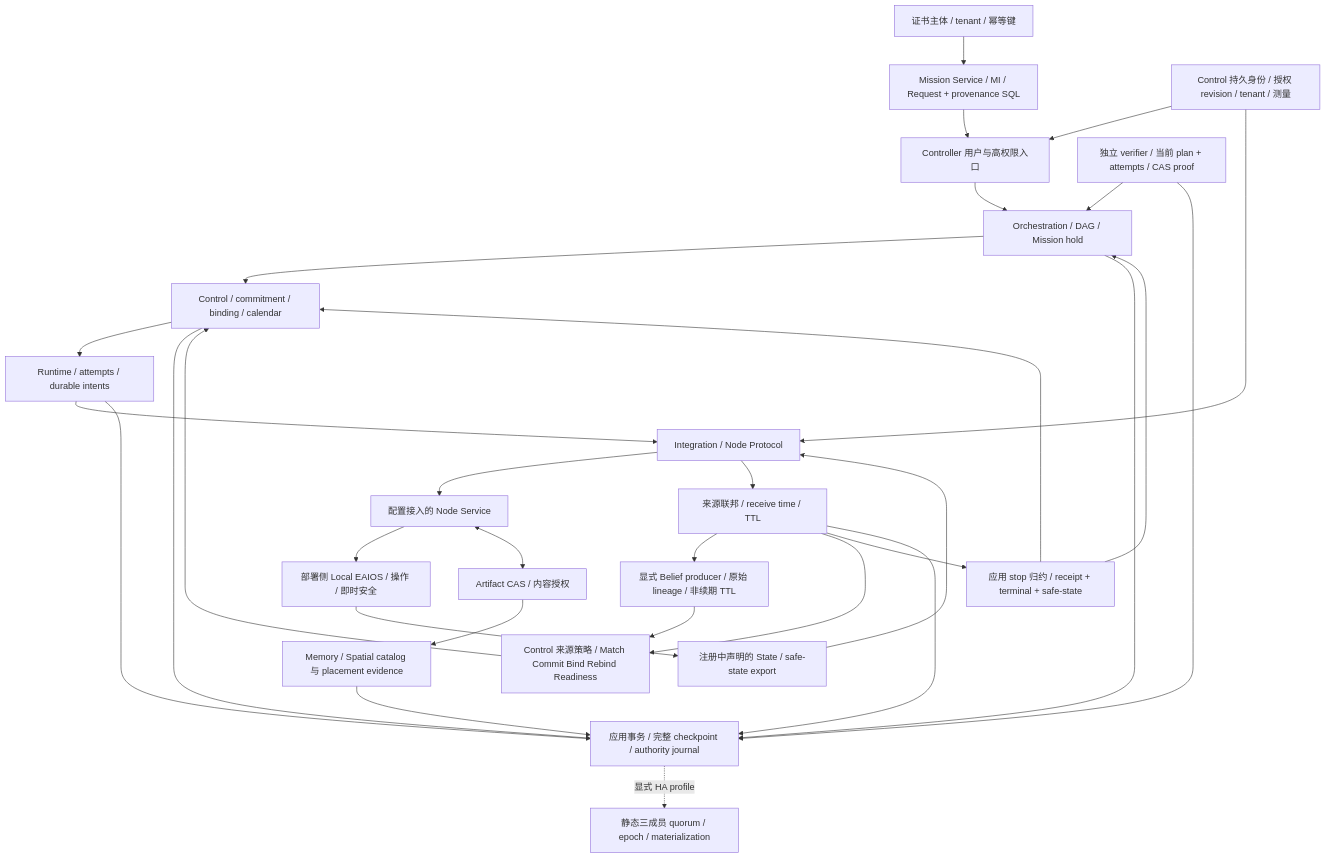
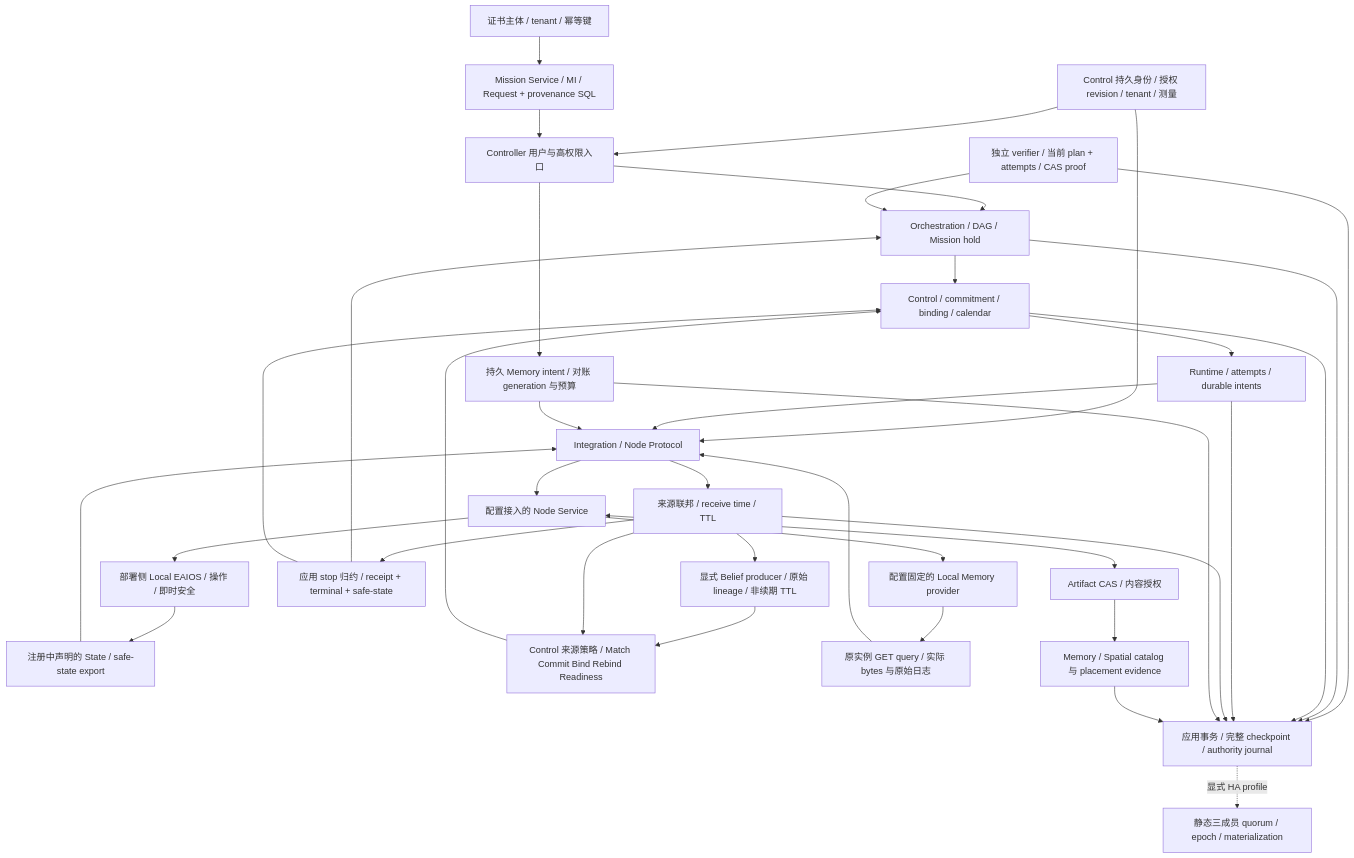
Before and after one commit to Farewell-CK/RoboGuide: the diagram in docs/architecture/v2/implementation-topology.md, drawn with Mermaid. The commit also changed other lines of this file and 72 other files, not shown here.

Commit message:
feat: reconcile memory imports through original provider queries

````diff
--- a/docs/architecture/v2/implementation-topology.md
+++ b/docs/architecture/v2/implementation-topology.md
@@ -7,33 +7,39 @@
 ```mermaid
 flowchart TB
   Client[证书主体 / tenant / 幂等键] --> MI[Mission Service / MI / Request + provenance SQL]
   ID[Control 持久身份 / 授权 revision / tenant / 测量] --> Entry
   ID --> PROTO
   MI --> Entry[Controller 用户与高权限入口]
   Entry --> ORCH[Orchestration / DAG / Mission hold]
   ORCH --> CTRL[Control / commitment / binding / calendar]
   CTRL --> RT[Runtime / attempts / durable intents]
   RT --> PROTO[Integration / Node Protocol]
   PROTO --> NODE[配置接入的 Node Service]
   NODE --> LOCAL[部署侧 Local EAIOS / 操作 / 即时安全]
   LOCAL --> OBS[注册中声明的 State / safe-state export]
   OBS --> PROTO
   PROTO --> STATE[来源联邦 / receive time / TTL]
   STATE --> BELIEF[显式 Belief producer / 原始 lineage / 非续期 TTL]
   BELIEF --> GATE[Control 来源策略 / Match Commit Bind Rebind Readiness]
   STATE --> GATE
   GATE --> CTRL
   VERIFY[独立 verifier / 当前 plan + attempts / CAS proof] --> ORCH
   VERIFY --> SQL
   STATE --> STOP[应用 stop 归约 / receipt + terminal + safe-state]
   STOP --> ORCH
   STOP --> CTRL
   ORCH --> SQL[应用事务 / 完整 checkpoint / authority journal]
   CTRL --> SQL
   RT --> SQL
   STATE --> SQL
   SQL -. 显式 HA profile .-> HA[静态三成员 quorum / epoch / materialization]
   NODE <--> ART[Artifact CAS / 内容授权]
+  NODE --> MEM[配置固定的 Local Memory provider]
+  MEM --> QUERY[原实例 GET query / 实际 bytes 与原始日志]
+  QUERY --> PROTO
+  Entry --> MINT[持久 Memory intent / 对账 generation 与预算]
+  MINT --> SQL
+  MINT --> PROTO
   ART --> CAT[Memory / Spatial catalog 与 placement evidence]
   CAT --> SQL
 ```
````
